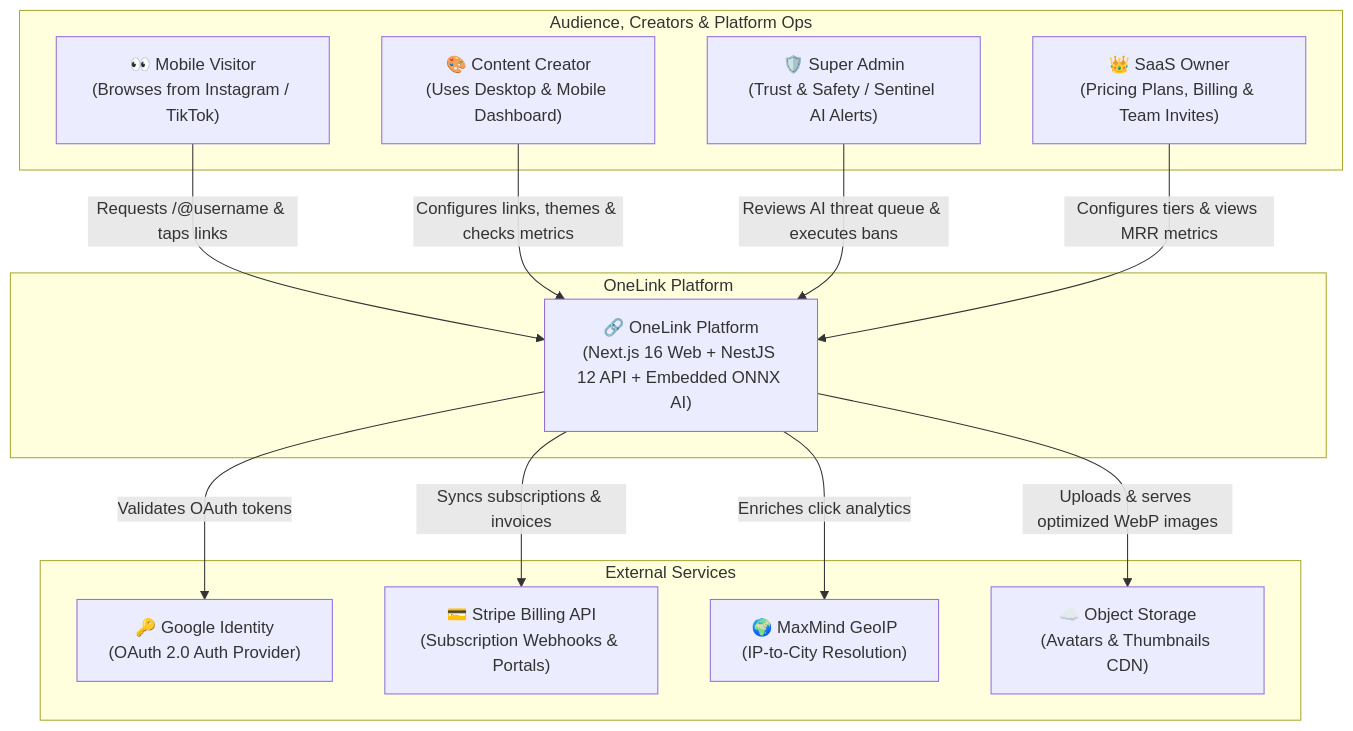
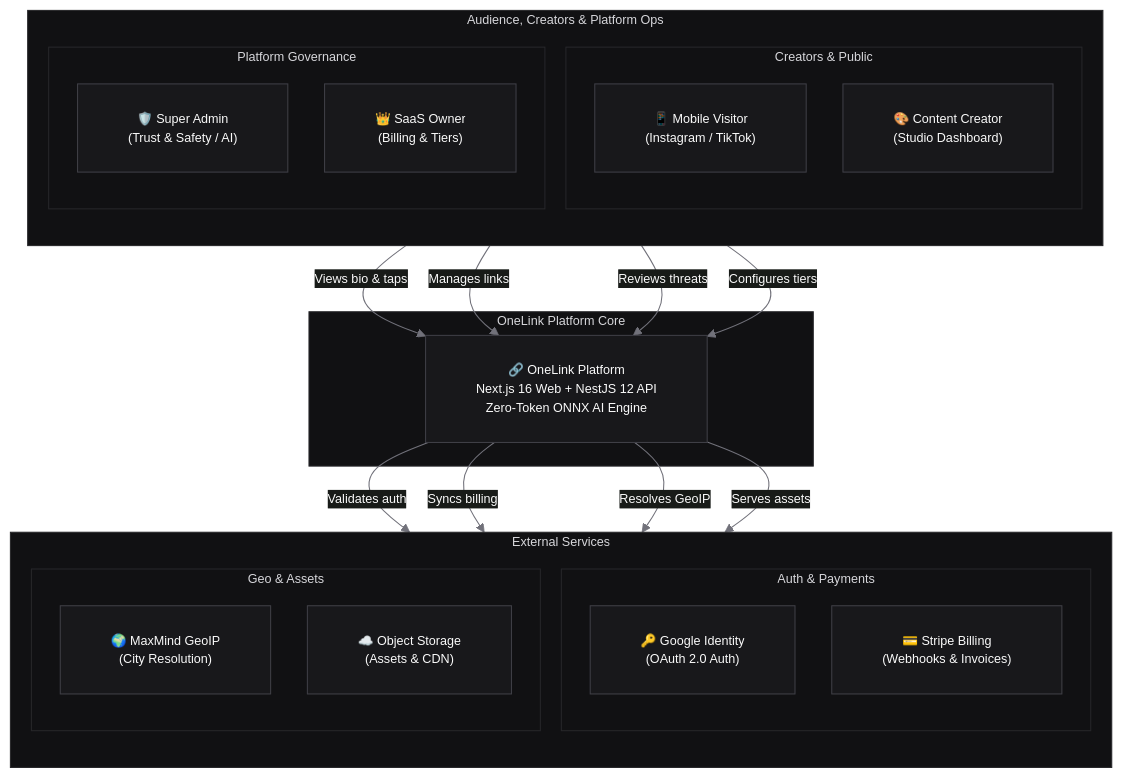
One commit to iamcristian/onelink-saas changed the first of 8 diagrams in docs/architecture/system-architecture.md. Above: the diagram before and after it, drawn with Mermaid. The commit also changed other lines of this file and 122 other files, not shown here.

Commit message:
feat: complete OneLink production platform, SEO engine, branding, and multi-tenant infrastructure

````diff
--- a/docs/architecture/system-architecture.md
+++ b/docs/architecture/system-architecture.md
@@ -11,29 +11,58 @@
 ```mermaid
-graph TB
+%%{init: {
+  'theme': 'base',
+  'themeVariables': {
+    'primaryColor': '#18181b',
+    'primaryTextColor': '#fafafa',
+    'primaryBorderColor': '#3f3f46',
+    'lineColor': '#71717a',
+    'clusterBkg': '#111113',
+    'clusterBorder': '#27272a',
+    'fontSize': '12px'
+  },
+  'flowchart': {
+    'padding': 24,
+    'nodeSpacing': 35,
+    'rankSpacing': 45,
+    'htmlLabels': true
+  },
+  'themeCSS': 'foreignObject { overflow: visible !important; } .label foreignObject { overflow: visible !important; } .node foreignObject { overflow: visible !important; } .edgeLabel foreignObject { overflow: visible !important; }'
+}}%%
+flowchart TB
     subgraph Users["Audience, Creators & Platform Ops"]
-        V["👀 Mobile Visitor<br/>(Browses from Instagram / TikTok)"]
-        C["🎨 Content Creator<br/>(Uses Desktop & Mobile Dashboard)"]
-        SA["🛡️ Super Admin<br/>(Trust & Safety / Sentinel AI Alerts)"]
-        OW["👑 SaaS Owner<br/>(Pricing Plans, Billing & Team Invites)"]
+        direction TB
+        subgraph ActorsTop["Creators & Public"]
+            V["📱 Mobile Visitor<br/>(Instagram / TikTok)"]
+            C["🎨 Content Creator<br/>(Studio Dashboard)"]
+        end
+        subgraph ActorsBottom["Platform Governance"]
+            SA["🛡️ Super Admin<br/>(Trust & Safety / AI)"]
+            OW["👑 SaaS Owner<br/>(Billing & Tiers)"]
+        end
     end
 
-    subgraph System["OneLink Platform"]
-        PLATFORM["🔗 OneLink Platform<br/>(Next.js 16 Web + NestJS 12 API + Embedded ONNX AI)"]
+    subgraph System["OneLink Platform Core"]
+        PLATFORM["🔗 OneLink Platform<br/>Next.js 16 Web + NestJS 12 API<br/>Zero-Token ONNX AI Engine"]
     end
 
     subgraph ThirdParty["External Services"]
-        GOOGLE["🔑 Google Identity<br/>(OAuth 2.0 Auth Provider)"]
-        STRIPE["💳 Stripe Billing API<br/>(Subscription Webhooks & Portals)"]
-        GEO["🌍 MaxMind GeoIP<br/>(IP-to-City Resolution)"]
-        S3["☁️ Object Storage<br/>(Avatars & Thumbnails CDN)"]
+        direction TB
+        subgraph ServicesRow1["Auth & Payments"]
+            GOOGLE["🔑 Google Identity<br/>(OAuth 2.0 Auth)"]
+            STRIPE["💳 Stripe Billing<br/>(Webhooks & Invoices)"]
+        end
+        subgraph ServicesRow2["Geo & Assets"]
+            GEO["🌍 MaxMind GeoIP<br/>(City Resolution)"]
+            S3["☁️ Object Storage<br/>(Assets & CDN)"]
+        end
     end
 
-    V -->|"Requests /@username & taps links"| PLATFORM
-    C -->|"Configures links, themes & checks metrics"| PLATFORM
-    SA -->|"Reviews AI threat queue & executes bans"| PLATFORM
-    OW -->|"Configures tiers & views MRR metrics"| PLATFORM
-    PLATFORM -->|"Validates OAuth tokens"| GOOGLE
-    PLATFORM -->|"Syncs subscriptions & invoices"| STRIPE
-    PLATFORM -->|"Enriches click analytics"| GEO
-    PLATFORM -->|"Uploads & serves optimized WebP images"| S3
+    V -->|"Views bio & taps"| PLATFORM
+    C -->|"Manages links"| PLATFORM
+    SA -->|"Reviews threats"| PLATFORM
+    OW -->|"Configures tiers"| PLATFORM
+    PLATFORM -->|"Validates auth"| GOOGLE
+    PLATFORM -->|"Syncs billing"| STRIPE
+    PLATFORM -->|"Resolves GeoIP"| GEO
+    PLATFORM -->|"Serves assets"| S3
 ```
````
